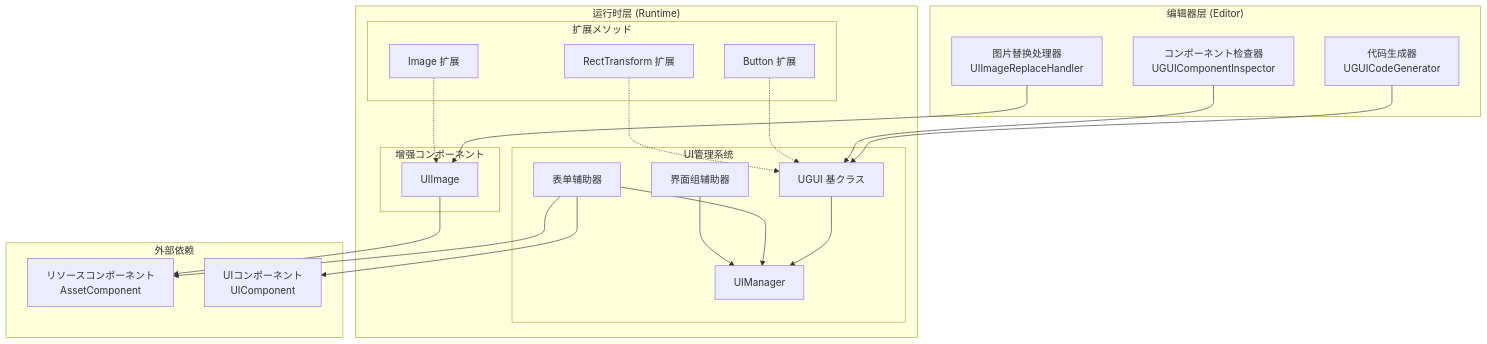
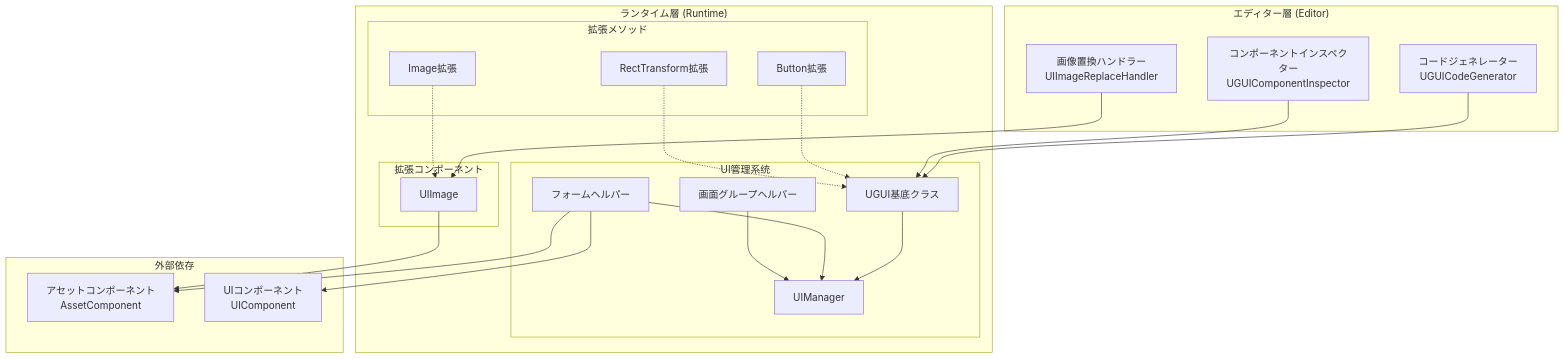
One commit to AlianBlank/GameFrameX.Docs changed the first of 3 diagrams in docs/ja/client/unity/component/ui-ugui/04.features.md. Above: the diagram before and after it, drawn with Mermaid. The commit also changed other lines of this file and 320 other files, not shown here.

````diff
--- a/docs/ja/client/unity/component/ui-ugui/04.features.md
+++ b/docs/ja/client/unity/component/ui-ugui/04.features.md
@@ -21,48 +21,48 @@
 ```mermaid
 graph TD
-    subgraph EditorLayer["编辑器层 (Editor)"]
-        CodeGen["代码生成器<br/>UGUICodeGenerator"]
-        Inspector["コンポーネント检查器<br/>UGUIComponentInspector"]
-        Replace["图片替换处理器<br/>UIImageReplaceHandler"]
+    subgraph EditorLayer["エディター層 (Editor)"]
+        CodeGen["コードジェネレーター<br/>UGUICodeGenerator"]
+        Inspector["コンポーネントインスペクター<br/>UGUIComponentInspector"]
+        Replace["画像置換ハンドラー<br/>UIImageReplaceHandler"]
     end
 
-    subgraph RuntimeLayer["运行时层 (Runtime)"]
+    subgraph RuntimeLayer["ランタイム層 (Runtime)"]
         subgraph UIManagement["UI管理系统"]
-            UGUIBase["UGUI 基クラス"]
+            UGUIBase["UGUI基底クラス"]
             UIMgr["UIManager"]
-            FormHelper["表单辅助器"]
-            UIGroupHelper["界面组辅助器"]
+            FormHelper["フォームヘルパー"]
+            UIGroupHelper["画面グループヘルパー"]
         end
 
-        subgraph Components["增强コンポーネント"]
+        subgraph Components["拡張コンポーネント"]
             UIImg["UIImage"]
         end
 
-        subgraph Extensions["扩展メソッド"]
-            BtnExt["Button 扩展"]
-            ImgExt["Image 扩展"]
-            RectExt["RectTransform 扩展"]
+        subgraph Extensions["拡張メソッド"]
+            BtnExt["Button拡張"]
+            ImgExt["Image拡張"]
+            RectExt["RectTransform拡張"]
         end
     end
 
-    subgraph External["外部依赖"]
-        Asset["リソースコンポーネント<br/>AssetComponent"]
+    subgraph External["外部依存"]
+        Asset["アセットコンポーネント<br/>AssetComponent"]
         UIComponent["UIコンポーネント<br/>UIComponent"]
     end
 
     CodeGen --> UGUIBase
     Inspector --> UGUIBase
     Replace --> UIImg
-    
+
     UGUIBase --> UIMgr
     FormHelper --> UIMgr
     UIGroupHelper --> UIMgr
-    
+
     BtnExt -.-> UGUIBase
     ImgExt -.-> UIImg
     RectExt -.-> UGUIBase
-    
+
     FormHelper --> Asset
     FormHelper --> UIComponent
     UIImg --> Asset
 ```
````
